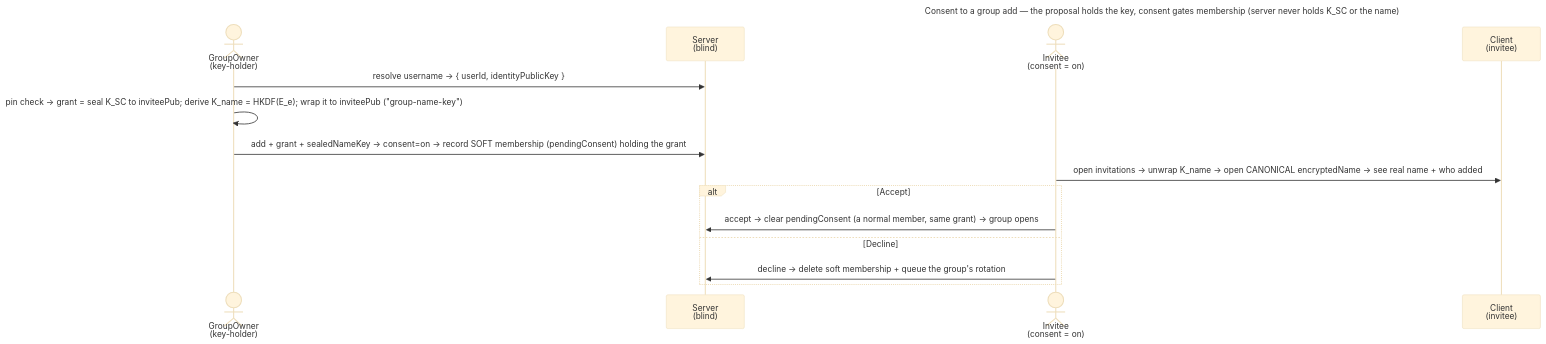
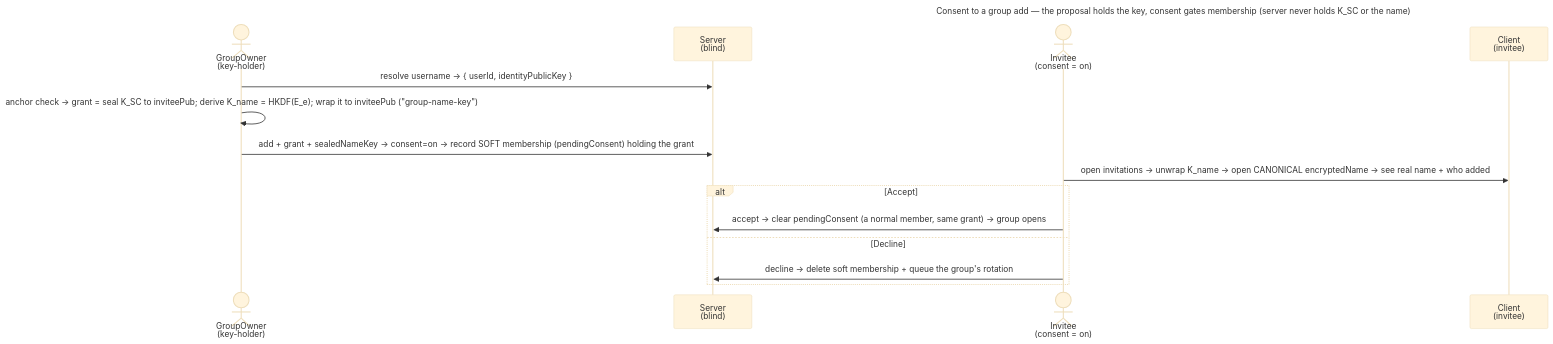
One commit to raddatzk/veyq changed the diagram in docs/features/spaces/use-cases/uc.spaces.consent-group-add.md. Above: the diagram before and after it, drawn with Mermaid (base theme). The commit also changed other lines of this file and 26 other files, not shown here.

````diff
--- a/docs/features/spaces/use-cases/uc.spaces.consent-group-add.md
+++ b/docs/features/spaces/use-cases/uc.spaces.consent-group-add.md
@@ -61,19 +61,19 @@
 ```mermaid
 ---
 title: Consent to a group add — the proposal holds the key, consent gates membership (server never holds K_SC or the name)
 ---
 sequenceDiagram
   actor O as GroupOwner<br>(key-holder)
   participant S as Server<br>(blind)
   actor I as Invitee<br>(consent = on)
   participant CI as Client<br>(invitee)
   O->>S: resolve username → { userId, identityPublicKey }
-  O->>O: pin check → grant = seal K_SC to inviteePub#59; derive K_name = HKDF(E_e)#59; wrap it to inviteePub ("group-name-key")
+  O->>O: anchor check → grant = seal K_SC to inviteePub#59; derive K_name = HKDF(E_e)#59; wrap it to inviteePub ("group-name-key")
   O->>S: add + grant + sealedNameKey → consent=on → record SOFT membership (pendingConsent) holding the grant
   I->>CI: open invitations → unwrap K_name → open CANONICAL encryptedName → see real name + who added
   alt Accept
   I->>S: accept → clear pendingConsent (a normal member, same grant) → group opens
   else Decline
   I->>S: decline → delete soft membership + queue the group's rotation
   end
 ```
````
